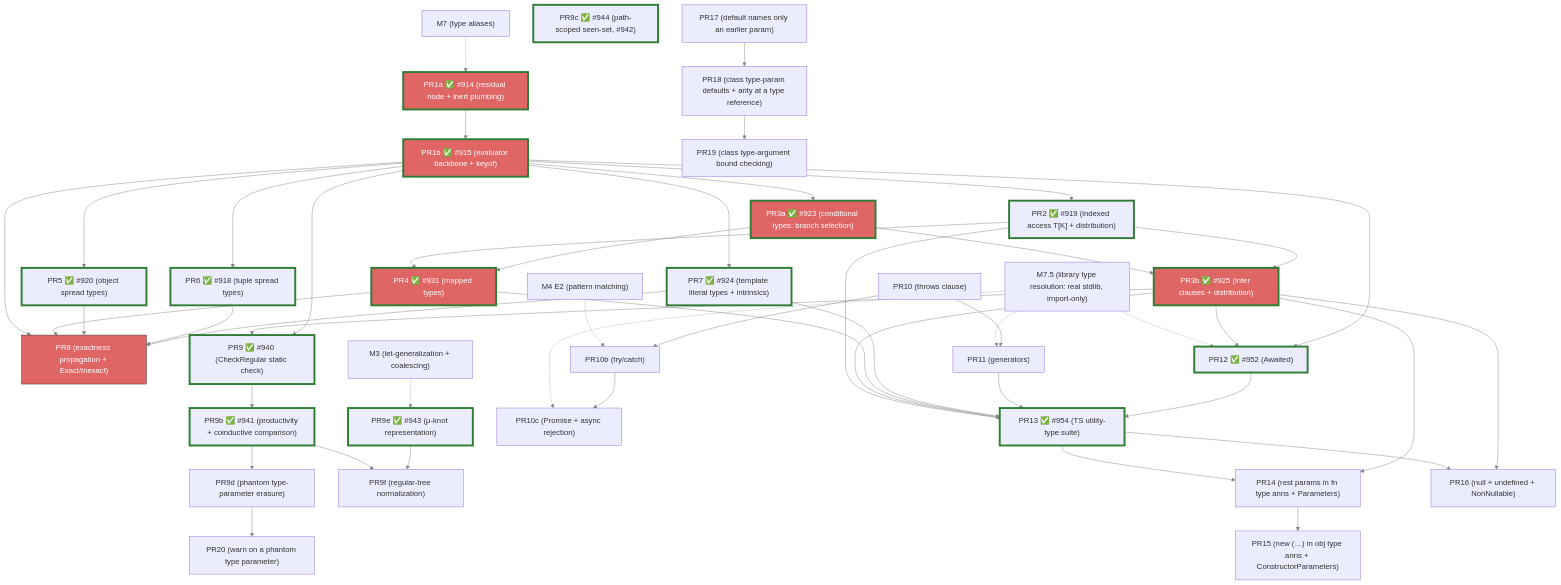
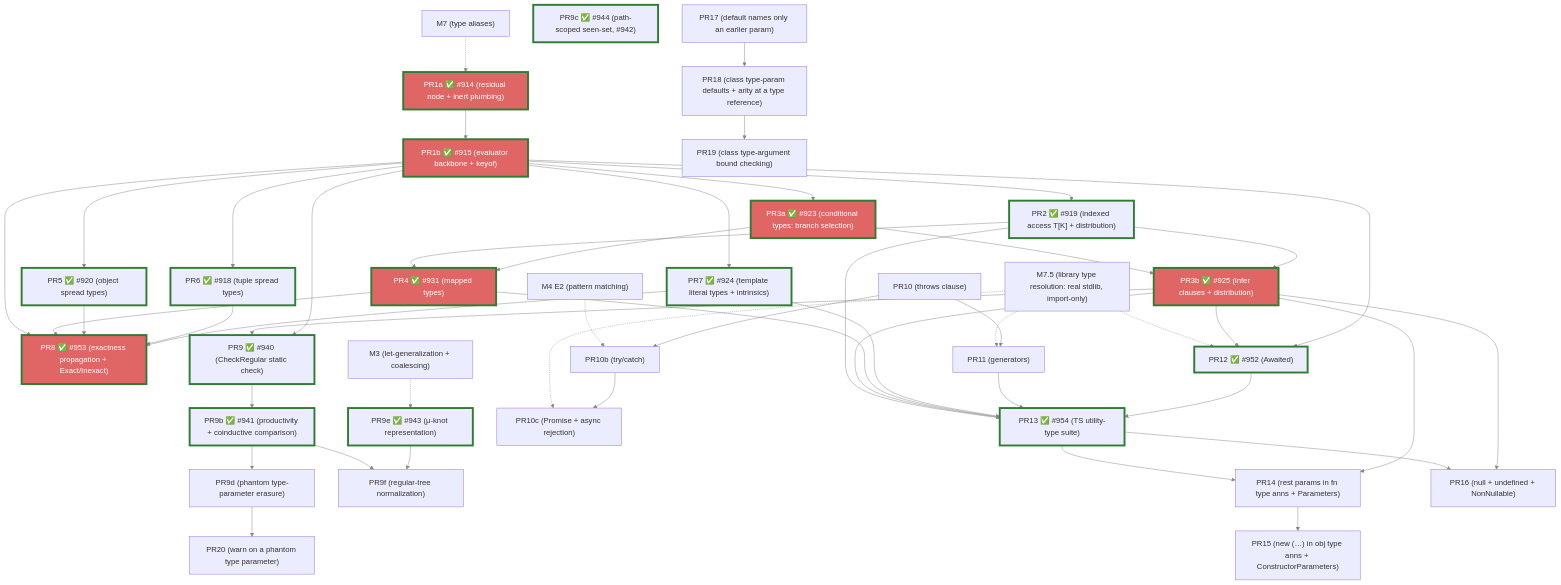
Before and after one commit to escalier-lang/escalier: the diagram in planning/simple_sub/m9-implementation-plan.md, drawn with Mermaid. The commit also changed other lines of this file, not shown here.

First line of the commit message:
Mark PR8 merged in the M9 dependency graph

```diff
--- a/planning/simple_sub/m9-implementation-plan.md
+++ b/planning/simple_sub/m9-implementation-plan.md
@@ -1658,7 +1658,7 @@
     PR5["PR5 ✅ #920 (object spread types)"]
     PR6["PR6 ✅ #918 (tuple spread types)"]
     PR7["PR7 ✅ #924 (template literal types + intrinsics)"]
-    PR8["PR8 (exactness propagation + Exact/Inexact)"]
+    PR8["PR8 ✅ #953 (exactness propagation + Exact/Inexact)"]
     PR9["PR9 ✅ #940 (CheckRegular static check)"]
     PR9b["PR9b ✅ #941 (productivity + coinductive comparison)"]
     PR9c["PR9c ✅ #944 (path-scoped seen-set, #942)"]
@@ -1735,7 +1735,7 @@
     style PR3a fill:#e06666,stroke:#2e7d32,stroke-width:4px,color:#fff
     style PR3b fill:#e06666,stroke:#2e7d32,stroke-width:4px,color:#fff
     style PR4 fill:#e06666,stroke:#2e7d32,stroke-width:4px,color:#fff
-    style PR8 fill:#e06666,stroke:#333,color:#fff
+    style PR8 fill:#e06666,stroke:#2e7d32,stroke-width:4px,color:#fff
     style PR2 stroke:#2e7d32,stroke-width:4px
     style PR5 stroke:#2e7d32,stroke-width:4px
     style PR6 stroke:#2e7d32,stroke-width:4px
```
